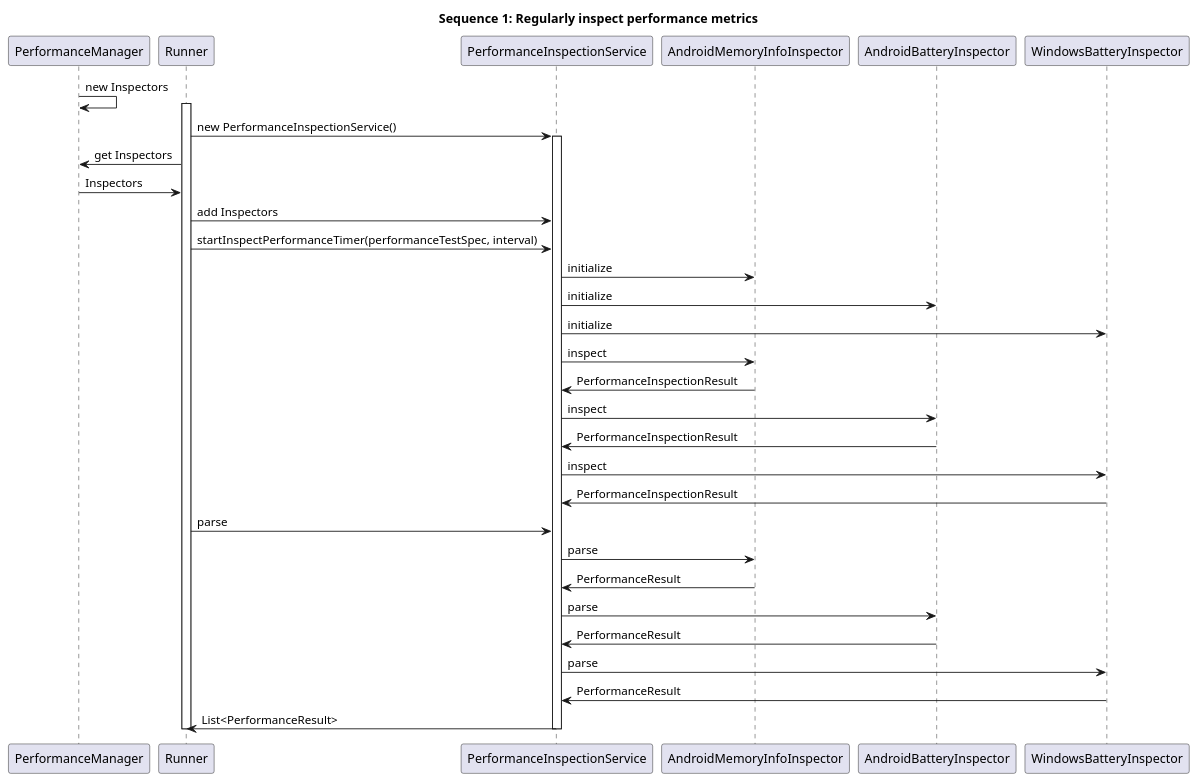
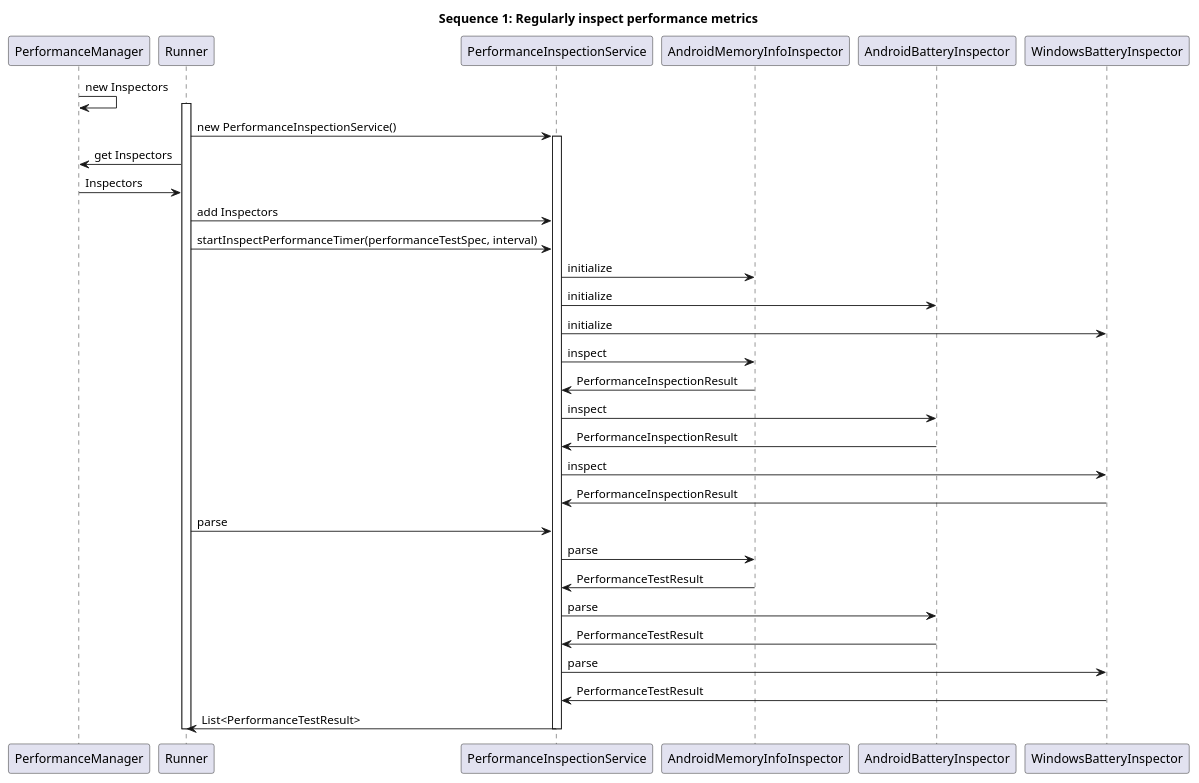
One commit to microsoft/HydraLab changed the second of 3 diagrams in agent/doc/UML/perf_design.puml. Above: the diagram before and after it, drawn with PlantUML. The commit also changed other lines of this file and 13 other files, not shown here.

Commit message:
update uml and rename the PerformanceTestManagementService

```diff
--- a/agent/doc/UML/perf_design.puml
+++ b/agent/doc/UML/perf_design.puml
@@ -94,38 +74,38 @@
 @startuml
 participant PerformanceManager
 participant Runner
 participant PerformanceInspectionService
 participant AndroidMemoryInfoInspector
 participant AndroidBatteryInspector
 participant WindowsBatteryInspector
 
 title Sequence 1: Regularly inspect performance metrics
 
 PerformanceManager -> PerformanceManager: new Inspectors
 activate Runner
 Runner -> PerformanceInspectionService : new PerformanceInspectionService()
 activate PerformanceInspectionService
 Runner -> PerformanceManager: get Inspectors
 PerformanceManager -> Runner: Inspectors
 Runner -> PerformanceInspectionService : add Inspectors
 Runner -> PerformanceInspectionService : startInspectPerformanceTimer(performanceTestSpec, interval)
 PerformanceInspectionService -> AndroidMemoryInfoInspector : initialize
 PerformanceInspectionService -> AndroidBatteryInspector : initialize
 PerformanceInspectionService -> WindowsBatteryInspector : initialize
 PerformanceInspectionService -> AndroidMemoryInfoInspector : inspect
 AndroidMemoryInfoInspector -> PerformanceInspectionService : PerformanceInspectionResult
 PerformanceInspectionService -> AndroidBatteryInspector : inspect
 AndroidBatteryInspector -> PerformanceInspectionService : PerformanceInspectionResult
 PerformanceInspectionService -> WindowsBatteryInspector : inspect
 WindowsBatteryInspector -> PerformanceInspectionService : PerformanceInspectionResult
 Runner -> PerformanceInspectionService : parse
 PerformanceInspectionService -> AndroidMemoryInfoInspector : parse
-AndroidMemoryInfoInspector -> PerformanceInspectionService : PerformanceResult
+AndroidMemoryInfoInspector -> PerformanceInspectionService : PerformanceTestResult
 PerformanceInspectionService -> AndroidBatteryInspector : parse
-AndroidBatteryInspector -> PerformanceInspectionService : PerformanceResult
+AndroidBatteryInspector -> PerformanceInspectionService : PerformanceTestResult
 PerformanceInspectionService -> WindowsBatteryInspector : parse
-WindowsBatteryInspector -> PerformanceInspectionService : PerformanceResult
-PerformanceInspectionService -> Runner: List<PerformanceResult>
+WindowsBatteryInspector -> PerformanceInspectionService : PerformanceTestResult
+PerformanceInspectionService -> Runner: List<PerformanceTestResult>
 deactivate PerformanceInspectionService
 deactivate Runner
 @enduml
```
